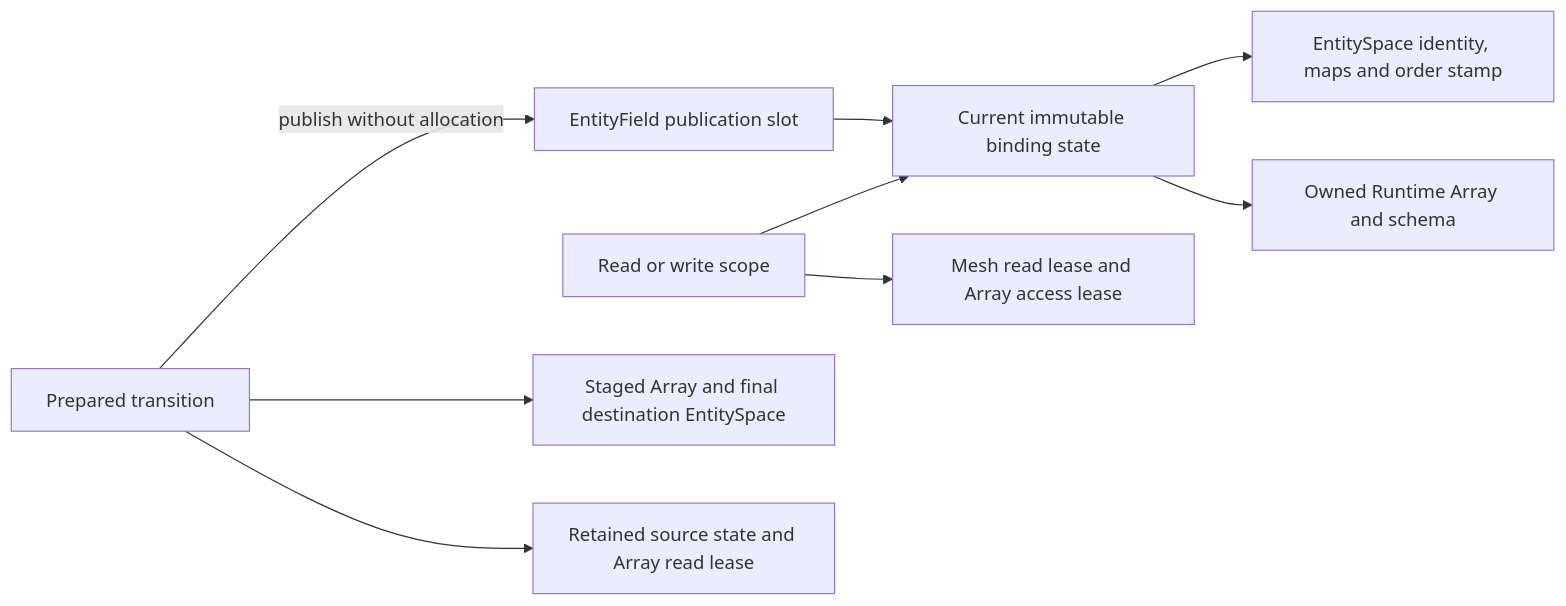
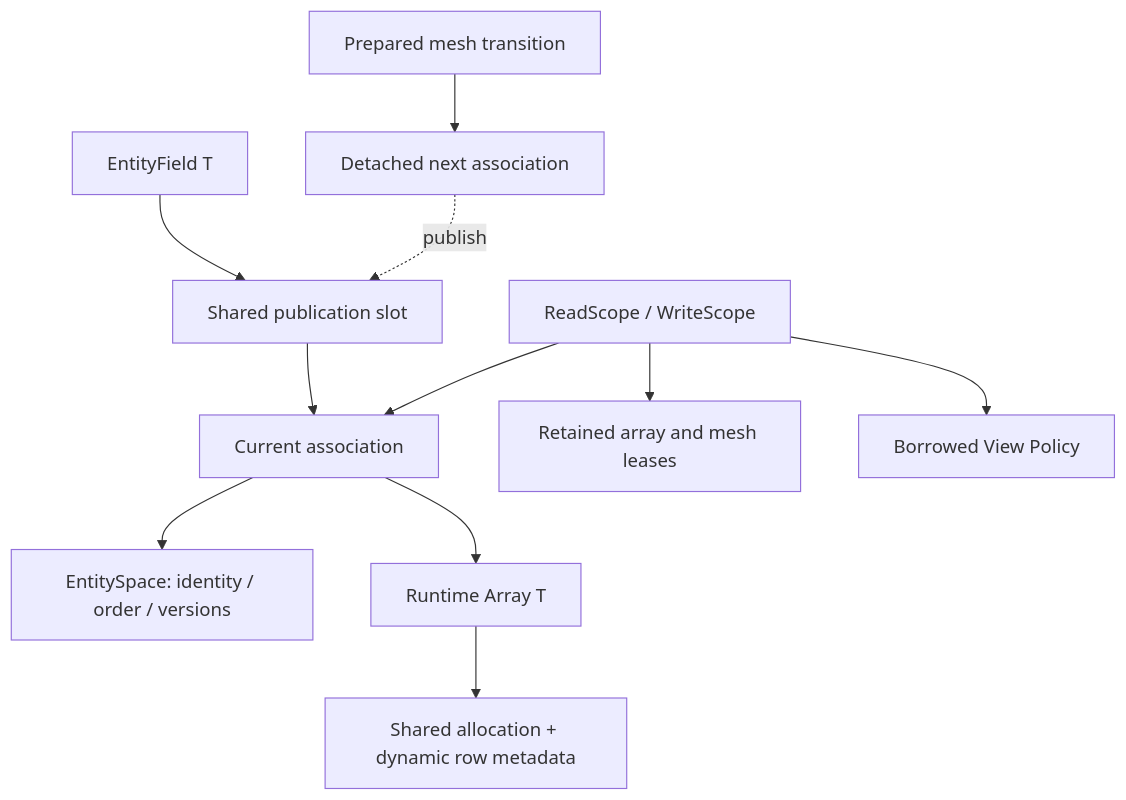
Before and after one commit to harryzhou2000/DNDSR: the diagram in docs/architecture/EntityField.md, drawn with Mermaid. The commit also changed other lines of this file and 40 other files, not shown here.

````diff
--- a/docs/architecture/EntityField.md
+++ b/docs/architecture/EntityField.md
@@ -10,11 +8,13 @@
 ```mermaid
-flowchart LR
-    E[EntityField publication slot] --> S[Current immutable binding state]
-    S --> M[EntitySpace identity, maps and order stamp]
-    S --> A[Owned Runtime Array and schema]
-    R[Read or write scope] --> S
-    R --> L[Mesh read lease and Array access lease]
-    P[Prepared transition] --> N[Staged Array and final destination EntitySpace]
-    P --> O[Retained source state and Array read lease]
-    P -->|publish without allocation| E
+flowchart TD
+    field[EntityField T] --> slot[Shared publication slot]
+    slot --> state[Current association]
+    state --> space[EntitySpace: identity / order / versions]
+    state --> array[Runtime Array T]
+    array --> storage[Shared allocation + dynamic row metadata]
+    access[ReadScope / WriteScope] --> state
+    access --> lease[Retained array and mesh leases]
+    access --> view[Borrowed View Policy]
+    transition[Prepared mesh transition] --> next[Detached next association]
+    next -. publish .-> slot
 ```
````
